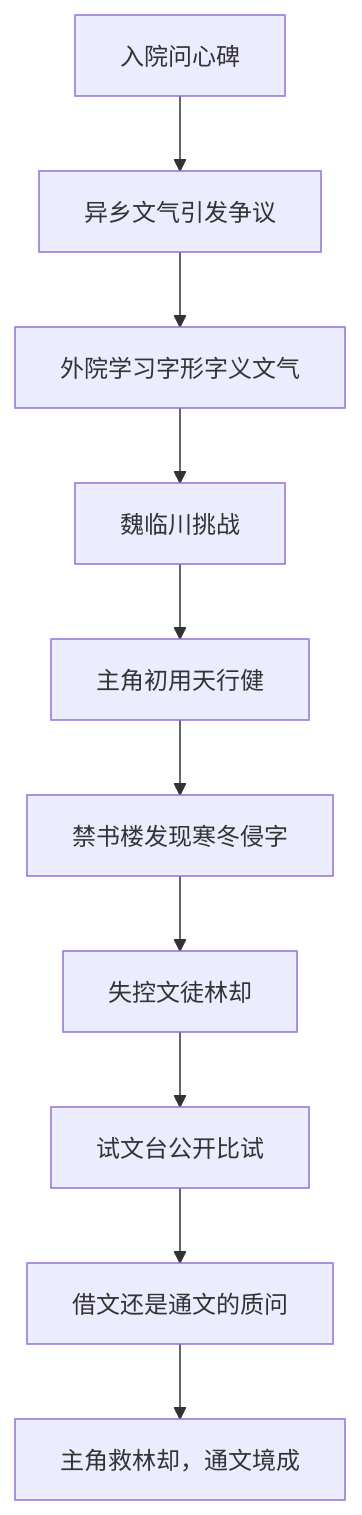
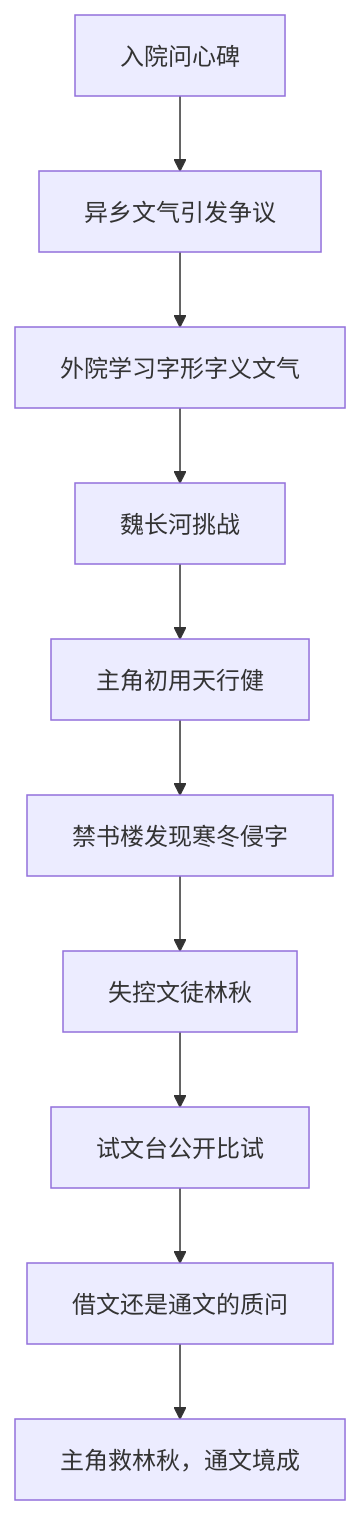
The fifth of 5 diagrams in docs/narrative/story-map-and-factions.md (tyrantqiao/GodOfHanzi), drawn with Mermaid before and after one commit. The commit also changed other lines of this file and 5 other files, not shown here.

````diff
--- a/docs/narrative/story-map-and-factions.md
+++ b/docs/narrative/story-map-and-factions.md
@@ -423,12 +423,12 @@
 ```mermaid
 flowchart TD
   A[入院问心碑] --> B[异乡文气引发争议]
   B --> C[外院学习字形字义文气]
-  C --> D[魏临川挑战]
+  C --> D[魏长河挑战]
   D --> E[主角初用天行健]
   E --> F[禁书楼发现寒冬侵字]
-  F --> G[失控文徒林却]
+  F --> G[失控文徒林秋]
   G --> H[试文台公开比试]
   H --> I[借文还是通文的质问]
-  I --> J[主角救林却，通文境成]
+  I --> J[主角救林秋，通文境成]
 ```
````
